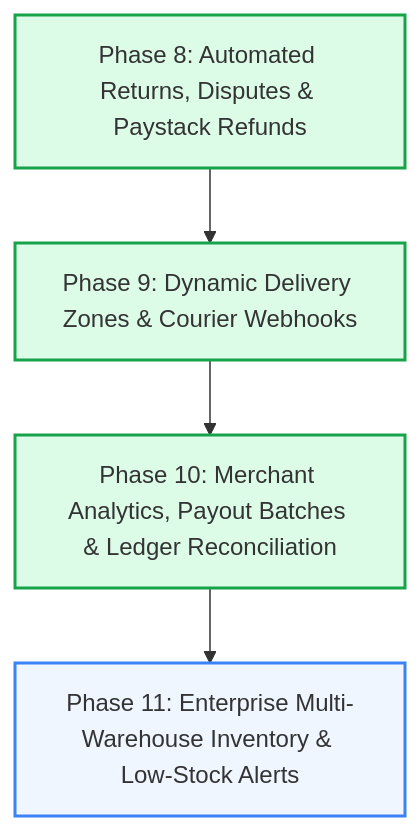
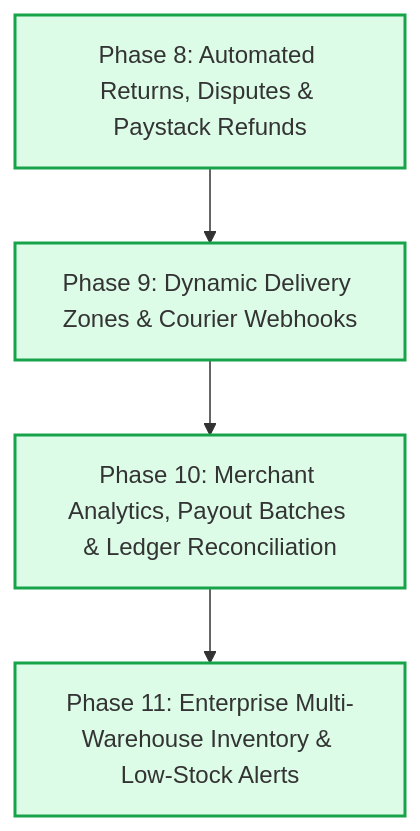
The second of 2 diagrams in PROJECT_PHASES_AND_ROADMAP.md (kojowiafe-dev/NextDor), drawn with Mermaid before and after one commit. The commit also changed other lines of this file and 16 other files, not shown here.

````diff
--- a/PROJECT_PHASES_AND_ROADMAP.md
+++ b/PROJECT_PHASES_AND_ROADMAP.md
@@ -143,11 +143,11 @@
 ```mermaid
 graph TD
     P8[Phase 8: Automated Returns, Disputes & Paystack Refunds] --> P9[Phase 9: Dynamic Delivery Zones & Courier Webhooks]
     P9 --> P10[Phase 10: Merchant Analytics, Payout Batches & Ledger Reconciliation]
     P10 --> P11[Phase 11: Enterprise Multi-Warehouse Inventory & Low-Stock Alerts]
     
     style P8 fill:#dcfce7,stroke:#16a34a,stroke-width:2px
     style P9 fill:#dcfce7,stroke:#16a34a,stroke-width:2px
     style P10 fill:#dcfce7,stroke:#16a34a,stroke-width:2px
-    style P11 fill:#eff6ff,stroke:#3b82f6,stroke-width:2px
+    style P11 fill:#dcfce7,stroke:#16a34a,stroke-width:2px
 ```
````
